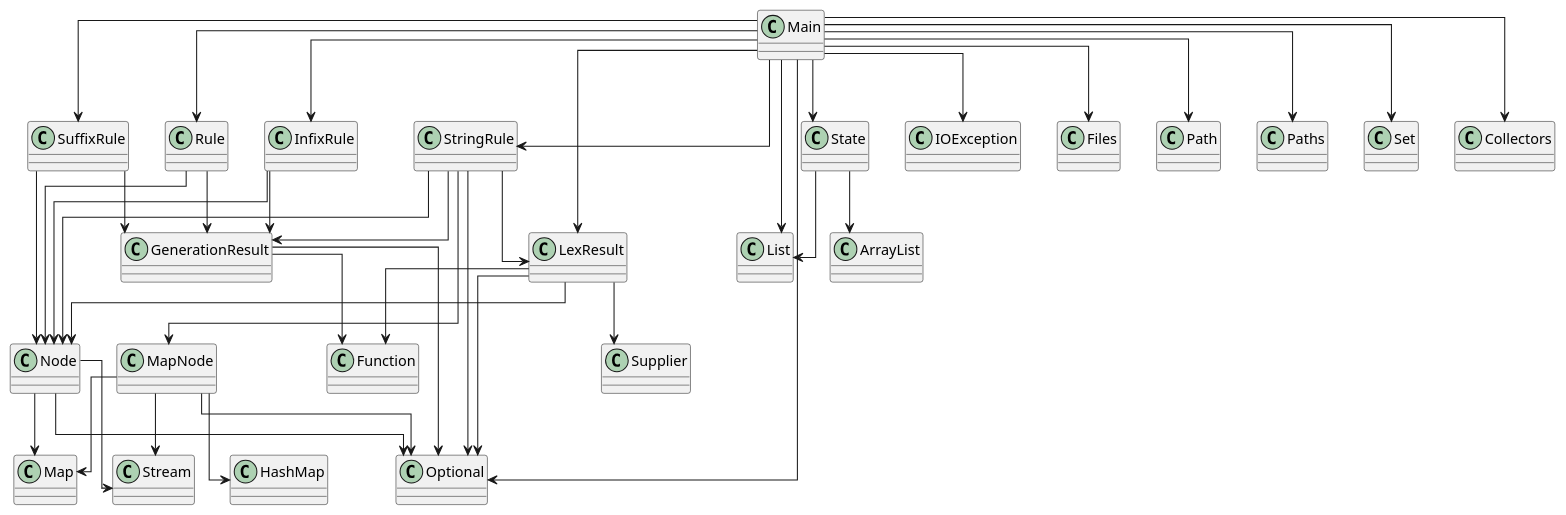
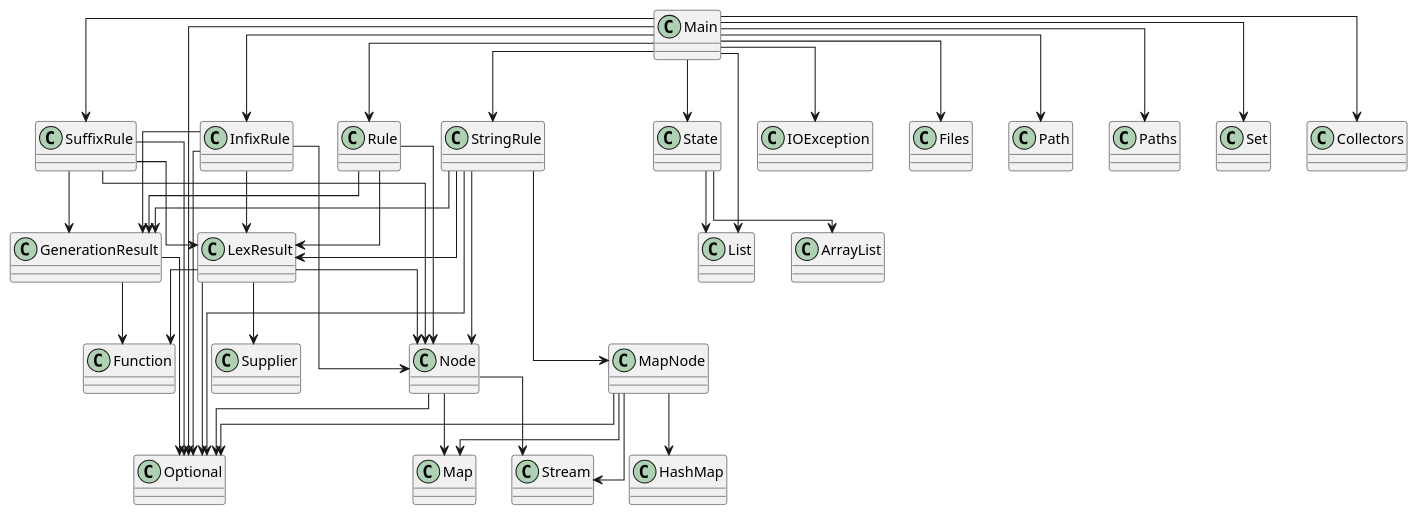
Before and after one commit to SirMathhman/Magma: the diagram in diagram.puml, drawn with PlantUML. The commit also changed 5 other files, not shown here.

Commit message:
SuffixRule

```diff
--- a/diagram.puml
+++ b/diagram.puml
@@ -1,53 +1,57 @@
 @startuml
 skinparam linetype ortho
 class SuffixRule
 SuffixRule --> Node
 SuffixRule --> GenerationResult
+SuffixRule --> LexResult
+SuffixRule --> Optional
 class Node
 Node --> Map
 Node --> Optional
 Node --> Stream
 class GenerationResult
 GenerationResult --> Optional
 GenerationResult --> Function
 class Rule
 Rule --> Node
 Rule --> GenerationResult
+Rule --> LexResult
 class LexResult
 LexResult --> Node
 LexResult --> Optional
 LexResult --> Function
 LexResult --> Supplier
 class InfixRule
 InfixRule --> Node
 InfixRule --> GenerationResult
+InfixRule --> LexResult
+InfixRule --> Optional
 class Main
 Main --> State
 Main --> InfixRule
-Main --> LexResult
 Main --> Rule
 Main --> StringRule
 Main --> SuffixRule
 Main --> IOException
 Main --> Files
 Main --> Path
 Main --> Paths
 Main --> List
 Main --> Optional
 Main --> Set
 Main --> Collectors
 class MapNode
 MapNode --> HashMap
 MapNode --> Map
 MapNode --> Optional
 MapNode --> Stream
 class StringRule
 StringRule --> MapNode
 StringRule --> Node
 StringRule --> GenerationResult
 StringRule --> LexResult
 StringRule --> Optional
 class State
 State --> ArrayList
 State --> List
 @enduml
```
